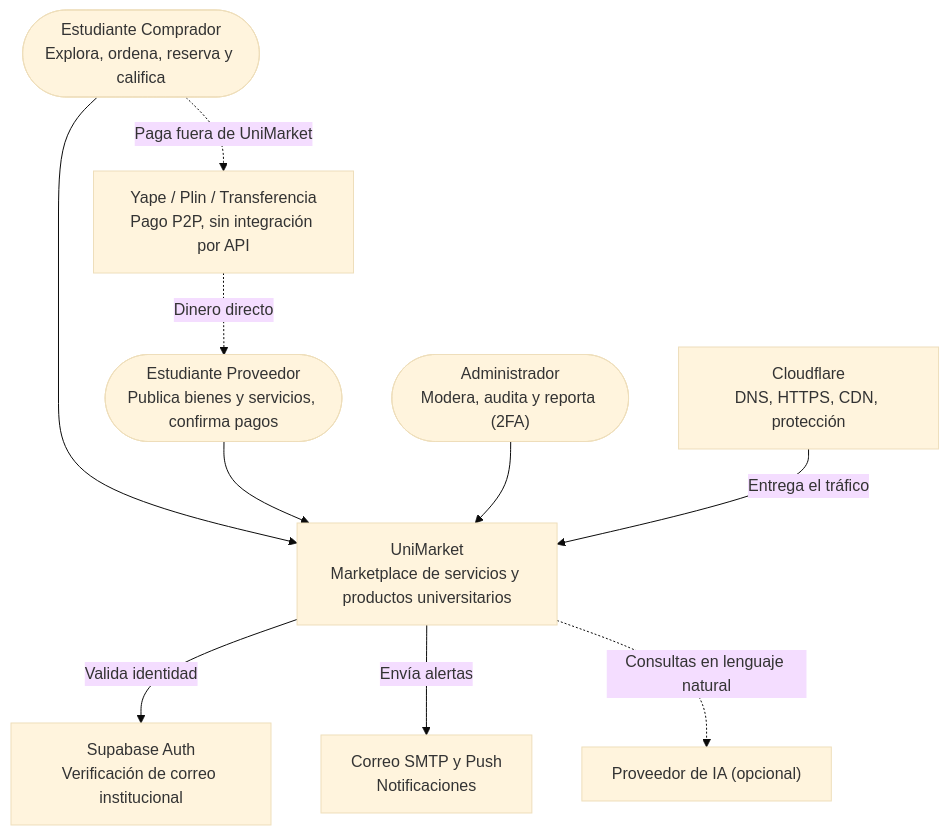
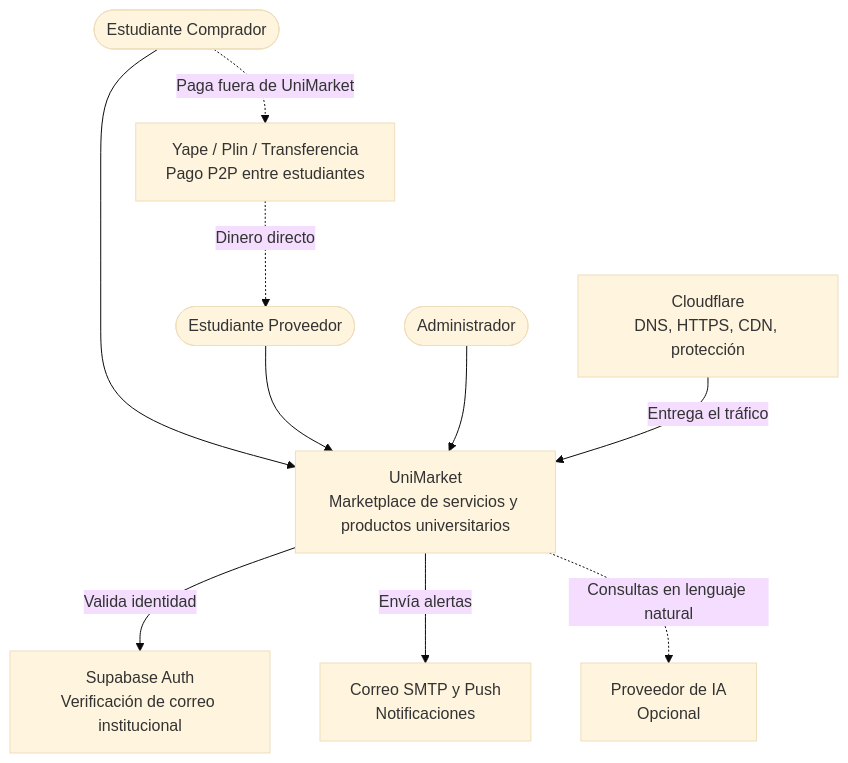
One commit to keylagutierrez27-sys/Marketplace-project changed the diagram in docs/04-modelo-c4/Nivel1-DiagramadeContextodelSistema.md. Above: the diagram before and after it, drawn with Mermaid (base theme). The commit also changed other lines of this file and 2 other files, not shown here.

````diff
--- a/docs/04-modelo-c4/Nivel1-DiagramadeContextodelSistema.md
+++ b/docs/04-modelo-c4/Nivel1-DiagramadeContextodelSistema.md
@@ -5,21 +23,21 @@
 ```mermaid
 flowchart TB
-    COMP(["Estudiante Comprador<br/>Explora, ordena, reserva y califica"])
-    PROV(["Estudiante Proveedor<br/>Publica bienes y servicios, confirma pagos"])
-    ADM(["Administrador<br/>Modera, audita y reporta (2FA)"])
+    COMP(["Estudiante Comprador"])
+    PROV(["Estudiante Proveedor"])
+    ADM(["Administrador"])
     UM["UniMarket<br/>Marketplace de servicios y productos universitarios"]
     AUTH["Supabase Auth<br/>Verificación de correo institucional"]
-    P2P["Yape / Plin / Transferencia<br/>Pago P2P, sin integración por API"]
+    P2P["Yape / Plin / Transferencia<br/>Pago P2P entre estudiantes"]
     NOTI["Correo SMTP y Push<br/>Notificaciones"]
     CF["Cloudflare<br/>DNS, HTTPS, CDN, protección"]
-    IA["Proveedor de IA (opcional)"]
+    IA["Proveedor de IA<br/>Opcional"]
     COMP --> UM
     PROV --> UM
     ADM --> UM
     UM -->|"Valida identidad"| AUTH
     UM -->|"Envía alertas"| NOTI
     UM -.->|"Consultas en lenguaje natural"| IA
     CF -->|"Entrega el tráfico"| UM
     COMP -.->|"Paga fuera de UniMarket"| P2P
     P2P -.->|"Dinero directo"| PROV
 ```
````
